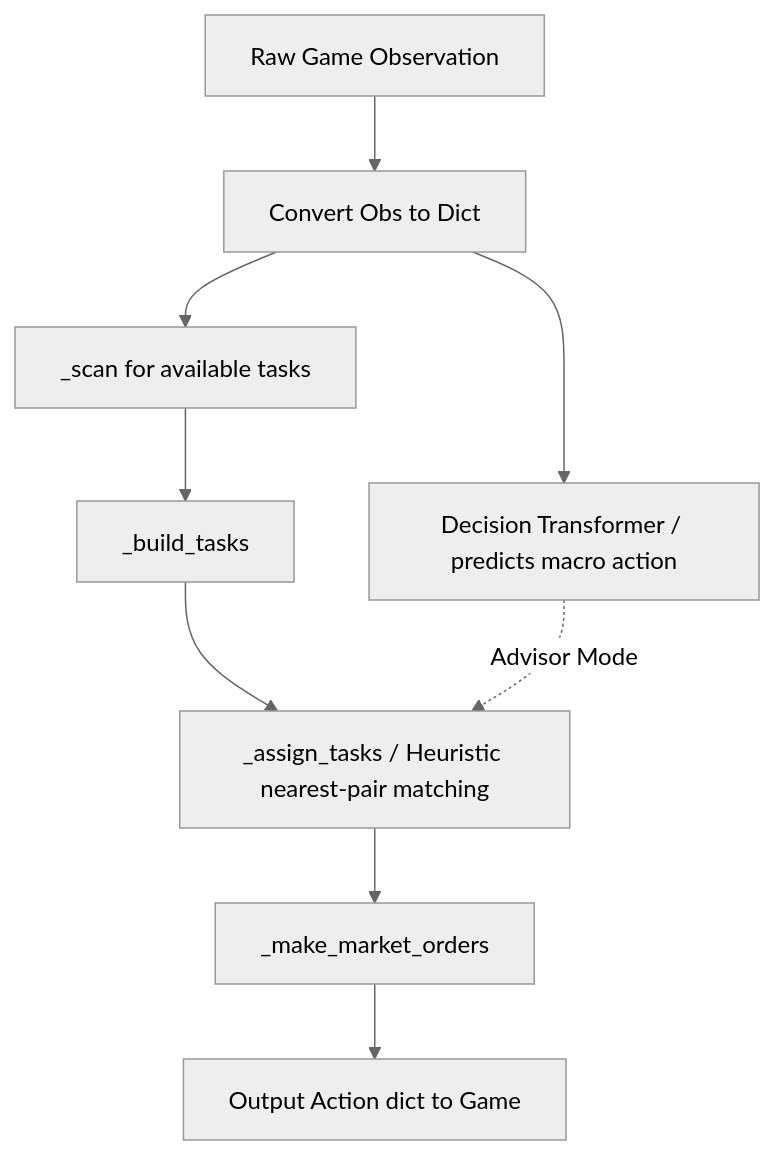
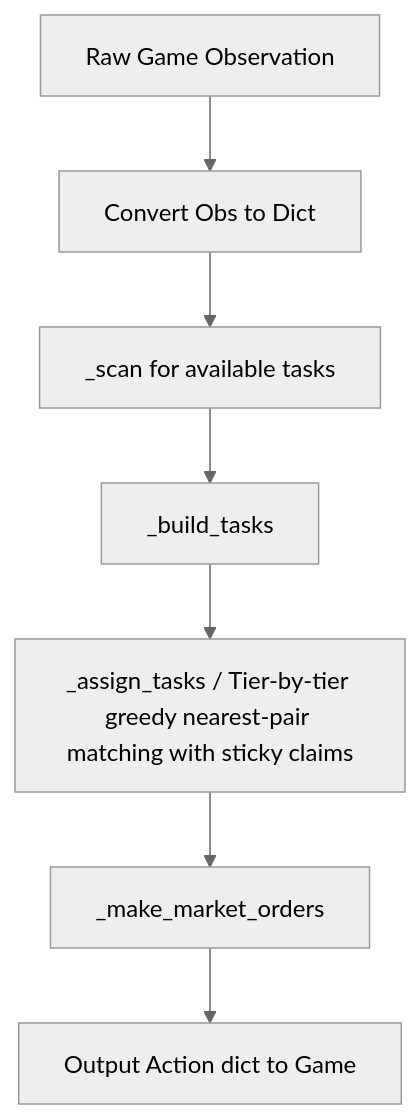
Before and after one commit to thiskartikey/KaggricultureAgent2: the diagram in instructions/brain.md, drawn with Mermaid (neutral theme). The commit also changed other lines of this file and 5 other files, not shown here.

````diff
--- a/instructions/brain.md
+++ b/instructions/brain.md
@@ -9,11 +9,9 @@
 ```mermaid
 graph TD
     Obs[Raw Game Observation] --> Parse[Convert Obs to Dict]
-    Parse --> DT[Decision Transformer / predicts macro action]
     Parse --> Scan[_scan for available tasks]
     Scan --> BuildTasks[_build_tasks]
-    BuildTasks --> AssignTasks[_assign_tasks / Heuristic nearest-pair matching]
-    DT -. Advisor Mode .-> AssignTasks
+    BuildTasks --> AssignTasks[_assign_tasks / Tier-by-tier greedy nearest-pair matching with sticky claims]
     AssignTasks --> MarketOrders[_make_market_orders]
     MarketOrders --> Output[Output Action dict to Game]
 ```
````
